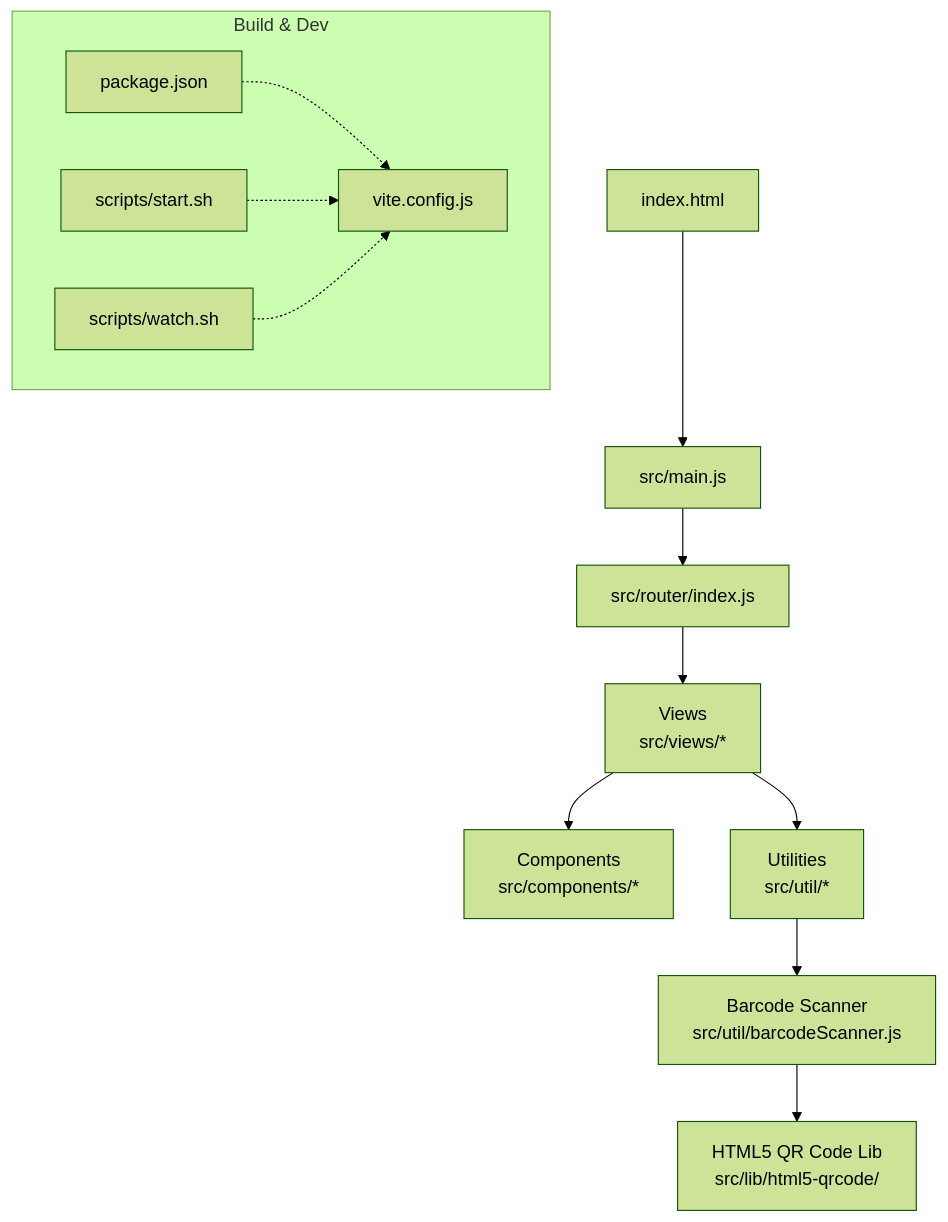
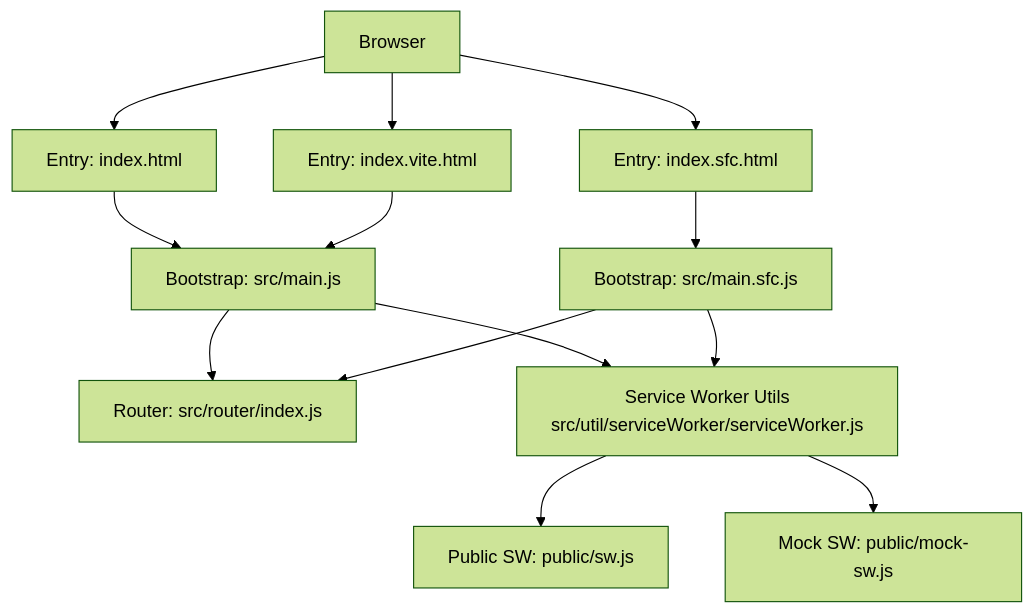
The first of 3 diagrams in .qoder/repowiki/en/content/Getting Started.md (weiserman/ahm-gr-scanner-light-mode), drawn with Mermaid (forest theme) before and after one commit. The commit also changed other lines of this file and 183 other files, not shown here.

````diff
--- a/.qoder/repowiki/en/content/Getting Started.md
+++ b/.qoder/repowiki/en/content/Getting Started.md
@@ -46,19 +49,15 @@
 ```mermaid
 graph TB
-A["index.html"] --> B["src/main.js"]
-B --> C["src/router/index.js"]
-C --> D["Views<br/>src/views/*"]
-D --> E["Components<br/>src/components/*"]
-D --> F["Utilities<br/>src/util/*"]
-F --> G["Barcode Scanner<br/>src/util/barcodeScanner.js"]
-G --> H["HTML5 QR Code Lib<br/>src/lib/html5-qrcode/"]
-subgraph "Build & Dev"
-I["package.json"]
-J["vite.config.js"]
-K["scripts/start.sh"]
-L["scripts/watch.sh"]
-end
-I -.-> J
-K -.-> J
-L -.-> J
+A["Browser"] --> B["Entry: index.html"]
+A --> C["Entry: index.sfc.html"]
+A --> D["Entry: index.vite.html"]
+B --> E["Bootstrap: src/main.js"]
+C --> F["Bootstrap: src/main.sfc.js"]
+D --> E
+E --> G["Router: src/router/index.js"]
+F --> G
+E --> H["Service Worker Utils<br/>src/util/serviceWorker/serviceWorker.js"]
+F --> H
+H --> I["Public SW: public/sw.js"]
+H --> J["Mock SW: public/mock-sw.js"]
 ```
````
